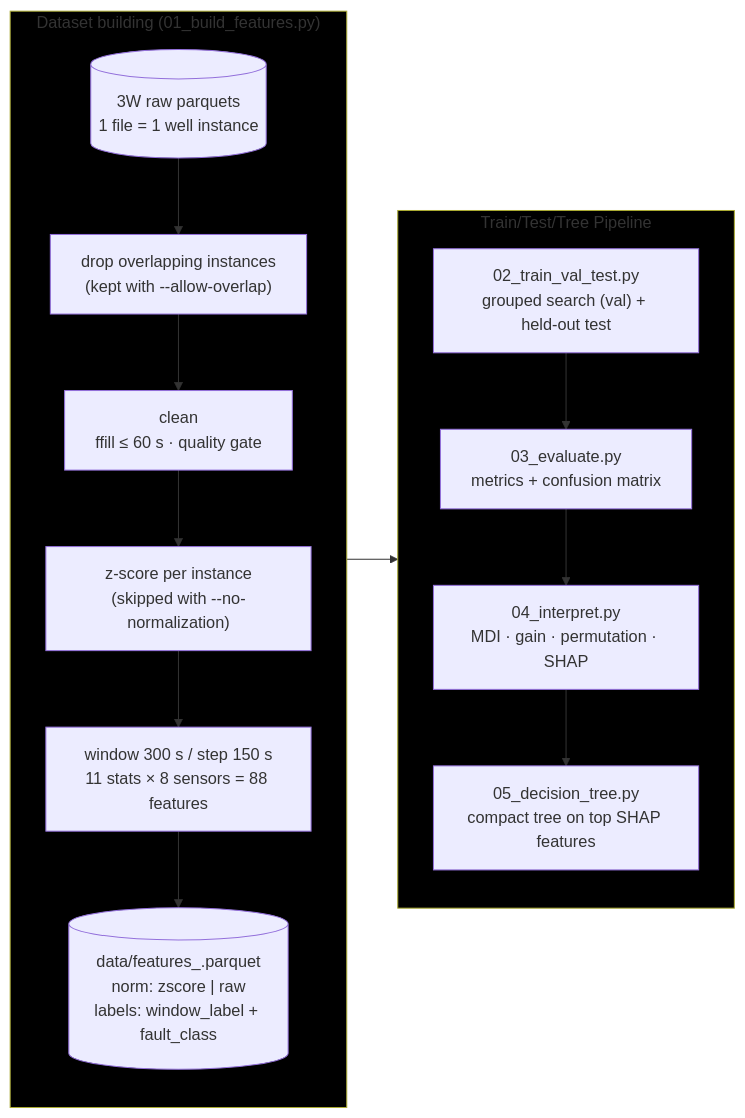
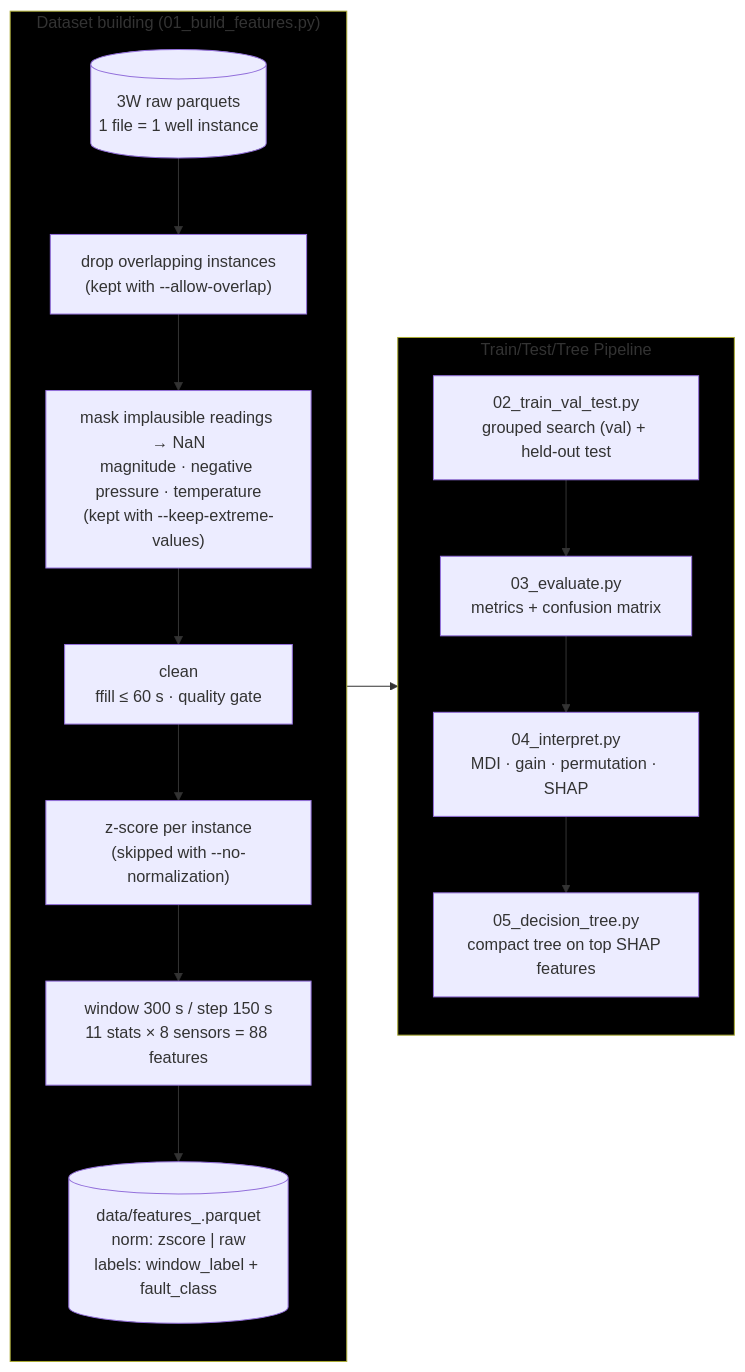
One commit to Thiago-TP/flow-assurance-ml changed the first of 4 diagrams in README.md. Above: the diagram before and after it, drawn with Mermaid. The commit also changed other lines of this file and 12 other files, not shown here.

````diff
--- a/README.md
+++ b/README.md
@@ -9,24 +9,25 @@
 ```mermaid
 flowchart LR
 
   subgraph S1["Dataset building (01_build_features.py)"]
     direction TB
     A[("3W raw parquets<br/>1 file = 1 well instance")] --> A2["drop overlapping instances<br/>(kept with --allow-overlap)"]
-    A2 --> B["clean<br/>ffill ≤ 60 s · quality gate"]
+    A2 --> A3["mask implausible readings → NaN<br/>magnitude · negative pressure · temperature<br/>(kept with --keep-extreme-values)"]
+    A3 --> B["clean<br/>ffill ≤ 60 s · quality gate"]
     B --> C["z-score per instance<br/>(skipped with --no-normalization)"]
     C --> D["window 300 s / step 150 s<br/>11 stats × 8 sensors = 88 features"]
     D --> E[("data/features_<norm>.parquet<br/>norm: zscore | raw<br/>labels: window_label + fault_class")]
   end
 
   subgraph S2["Train/Test/Tree Pipeline"]
     direction TB
     F["02_train_val_test.py<br/>grouped search (val) + held-out test"] --> G["03_evaluate.py<br/>metrics + confusion matrix"]
     G --> H["04_interpret.py<br/>MDI · gain · permutation · SHAP"]
     H --> I["05_decision_tree.py<br/>compact tree on top SHAP features"]
   end
 
   S1 --> S2
 
   style S1 fill:#000000
   style S2 fill:#000000
 ```
````
